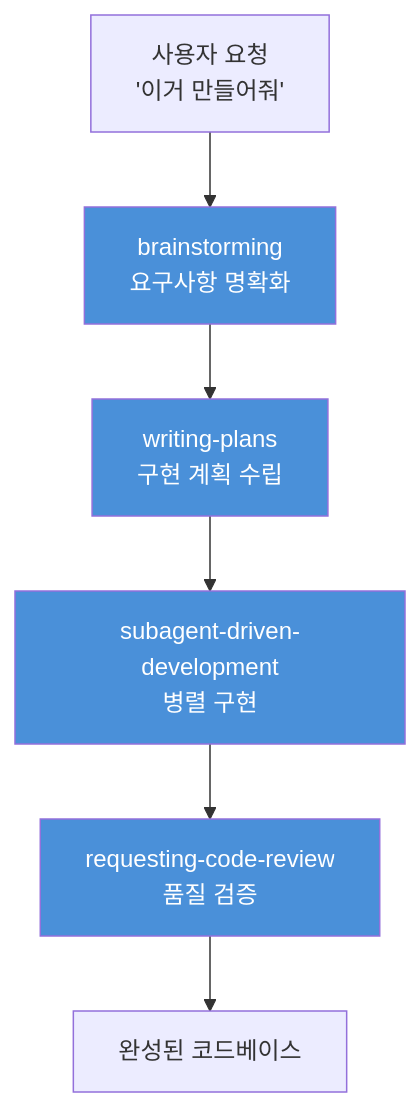
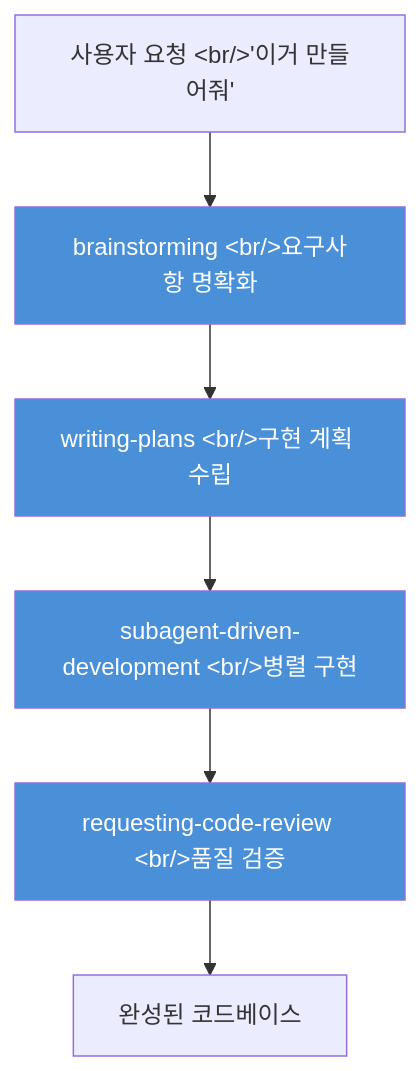
One commit to ice-ice-bear/ice-ice-bear.github.io changed the first of 4 diagrams in content/posts/2026-03-04-claude-code-superpowers.md. Above: the diagram before and after it, drawn with Mermaid. The commit also changed other lines of this file and 5 other files, not shown here.

First line of the commit message:
fix: use HTML entities for <br/> in mermaid labels to prevent Hugo safeHTML rendering

````diff
--- a/content/posts/2026-03-04-claude-code-superpowers.md
+++ b/content/posts/2026-03-04-claude-code-superpowers.md
@@ -17,13 +17,13 @@
 ```mermaid
 graph TD
-    Request["사용자 요청<br/>'이거 만들어줘'"] --> Brain["brainstorming<br/>요구사항 명확화"]
-    Brain --> Plan["writing-plans<br/>구현 계획 수립"]
-    Plan --> Exec["subagent-driven-development<br/>병렬 구현"]
-    Exec --> Review["requesting-code-review<br/>품질 검증"]
+    Request["사용자 요청 &lt;br/&gt;'이거 만들어줘'"] --> Brain["brainstorming &lt;br/&gt;요구사항 명확화"]
+    Brain --> Plan["writing-plans &lt;br/&gt;구현 계획 수립"]
+    Plan --> Exec["subagent-driven-development &lt;br/&gt;병렬 구현"]
+    Exec --> Review["requesting-code-review &lt;br/&gt;품질 검증"]
     Review --> Done[완성된 코드베이스]
 
     style Brain fill:#4A90D9,color:#fff
     style Plan fill:#4A90D9,color:#fff
     style Exec fill:#4A90D9,color:#fff
     style Review fill:#4A90D9,color:#fff
 ```
````
